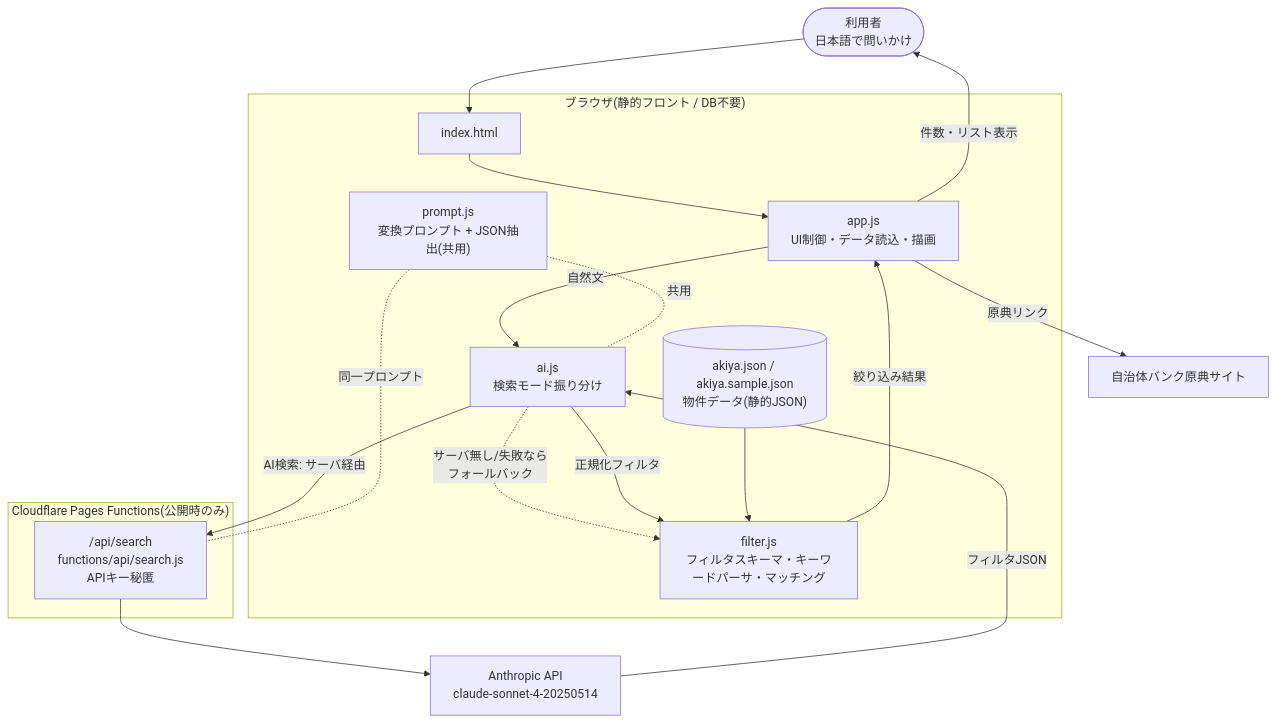
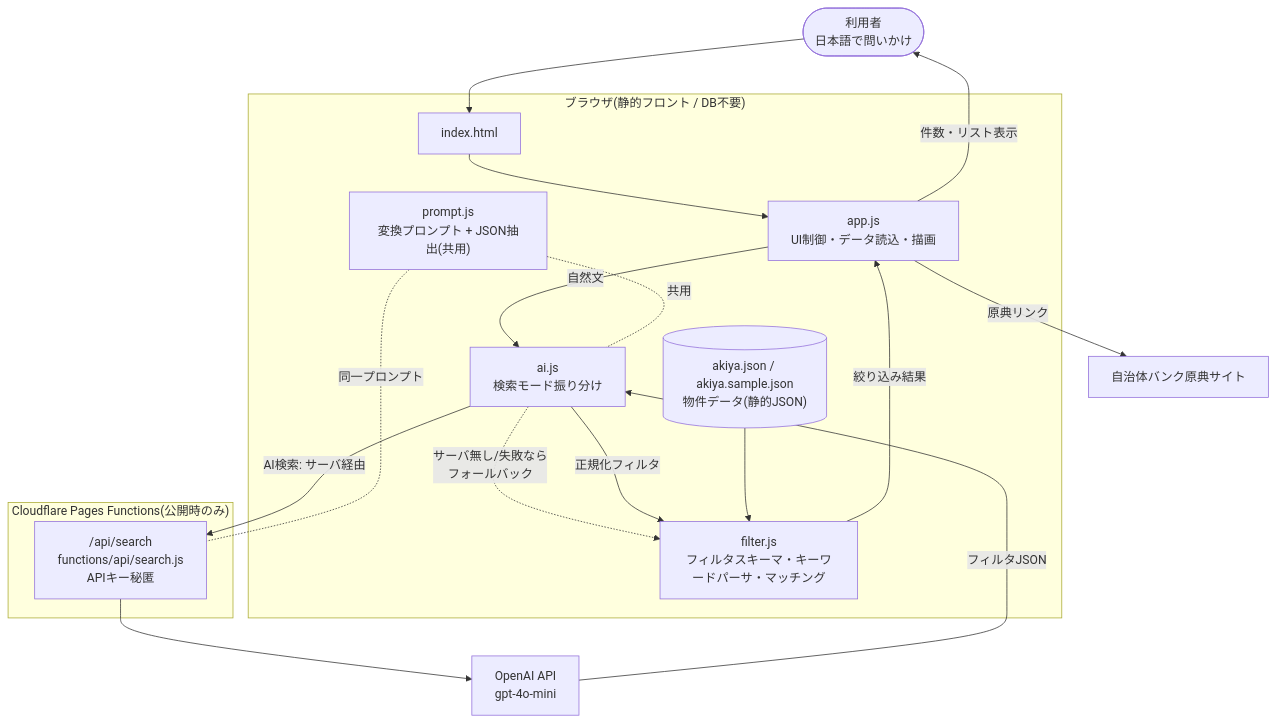
Before and after one commit to shinyanakashima/MLIT-LINKS-akiya-ask: the first of 4 diagrams in docs/architecture.md, drawn with Mermaid. The commit also changed 5 other files, not shown here.

First line of the commit message:
AI検索のプロバイダを Anthropic から OpenAI に切り替え

````diff
--- a/docs/architecture.md
+++ b/docs/architecture.md
@@ -5,34 +5,34 @@
 ```mermaid
 flowchart TB
     user(["利用者<br/>日本語で問いかけ"])
 
     subgraph browser["ブラウザ(静的フロント / DB不要)"]
         idx["index.html"]
         app["app.js<br/>UI制御・データ読込・描画"]
         ai["ai.js<br/>検索モード振り分け"]
         prompt["prompt.js<br/>変換プロンプト + JSON抽出(共用)"]
         filter["filter.js<br/>フィルタスキーマ・キーワードパーサ・マッチング"]
         data[("akiya.json / akiya.sample.json<br/>物件データ(静的JSON)")]
     end
 
     subgraph edge["Cloudflare Pages Functions(公開時のみ)"]
         fn["/api/search<br/>functions/api/search.js<br/>APIキー秘匿"]
     end
 
-    anthropic["Anthropic API<br/>claude-sonnet-4-20250514"]
+    llm["OpenAI API<br/>gpt-4o-mini"]
     source["自治体バンク原典サイト"]
 
     user --> idx --> app
     app -->|自然文| ai
-    ai -->|AI検索: サーバ経由| fn --> anthropic
+    ai -->|AI検索: サーバ経由| fn --> llm
     ai -.->|サーバ無し/失敗なら<br/>フォールバック| filter
     prompt -.共用.- ai
     prompt -.同一プロンプト.- fn
 
-    anthropic -->|フィルタJSON| ai
+    llm -->|フィルタJSON| ai
     ai -->|正規化フィルタ| filter
     data --> filter
     filter -->|絞り込み結果| app
     app -->|件数・リスト表示| user
     app -->|原典リンク| source
 ```
````
